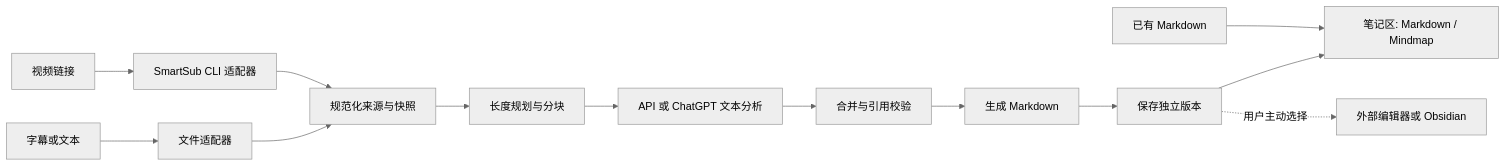
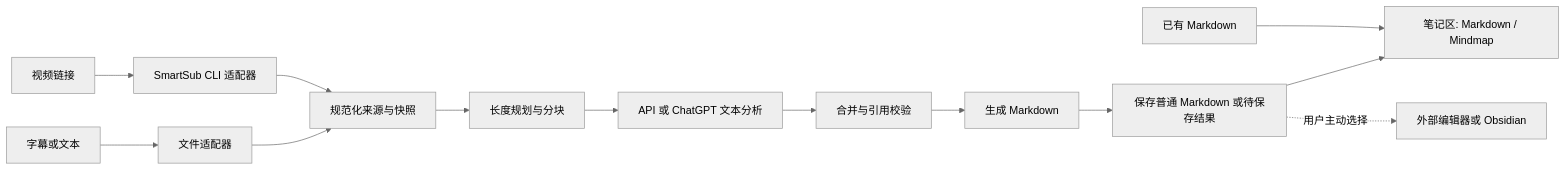
One commit to yuenanmu/ClipNote changed the diagram in docs/架构.md. Above: the diagram before and after it, drawn with Mermaid (neutral theme). The commit also changed other lines of this file and 11 other files, not shown here.

````diff
--- a/docs/架构.md
+++ b/docs/架构.md
@@ -21,15 +21,15 @@
 ```mermaid
 flowchart LR
   F[字幕或文本] --> FI[文件适配器]
   U[视频链接] --> SS[SmartSub CLI 适配器]
   FI --> S[规范化来源与快照]
   SS --> S
   S --> C[长度规划与分块]
   C --> AI[API 或 ChatGPT 文本分析]
   AI --> V[合并与引用校验]
   V --> M[生成 Markdown]
-  M --> P[保存独立版本]
+  M --> P[保存普通 Markdown 或待保存结果]
   P --> R[笔记区: Markdown / Mindmap]
   E[已有 Markdown] --> R
   P -.用户主动选择.-> O[外部编辑器或 Obsidian]
 ```
````
